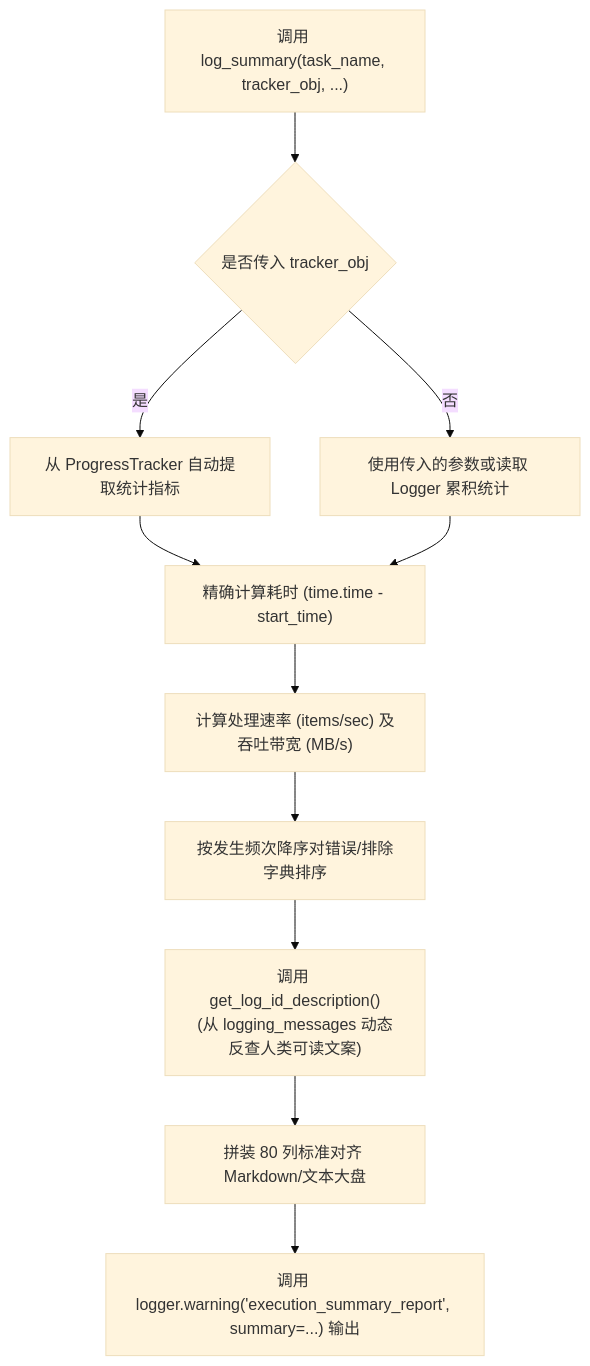
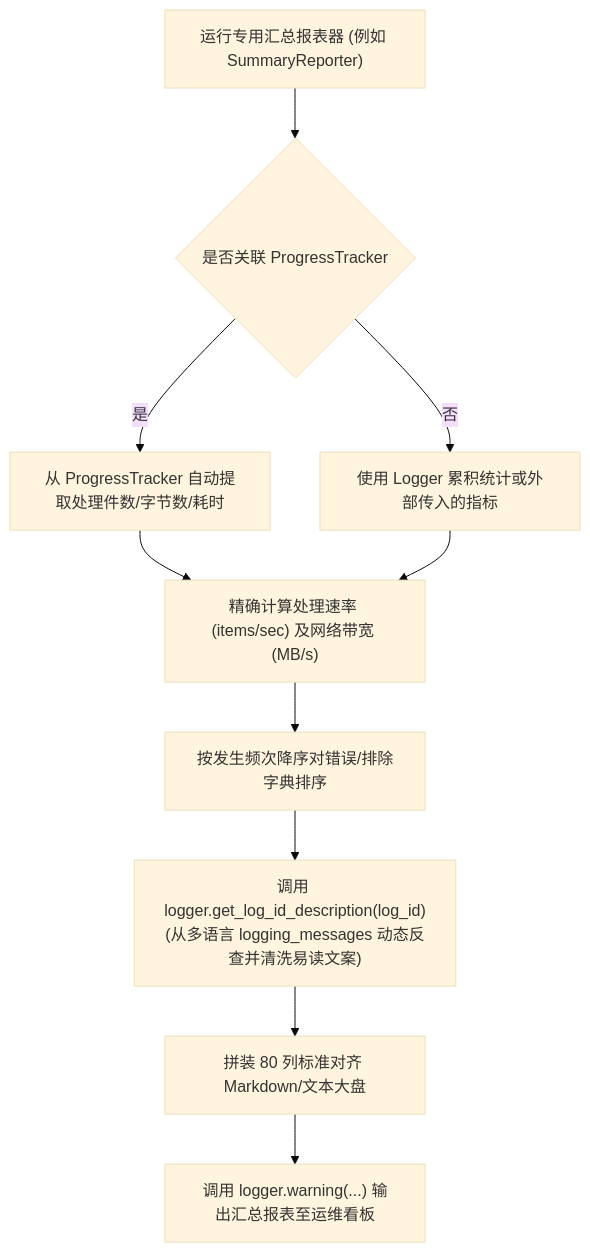
One commit to kampores/agent_common changed the diagram in manual/zh/logger/05_summary_report_generation_zh.md. Above: the diagram before and after it, drawn with Mermaid (base theme). The commit also changed other lines of this file and 49 other files, not shown here.

````diff
--- a/manual/zh/logger/05_summary_report_generation_zh.md
+++ b/manual/zh/logger/05_summary_report_generation_zh.md
@@ -26,16 +29,15 @@
 ```mermaid
 flowchart TD
-    A["调用 log_summary(task_name, tracker_obj, ...)"] --> B{"是否传入 tracker_obj"}
-    B -->|"是"| C["从 ProgressTracker 自动提取统计指标"]
-    B -->|"否"| D["使用传入的参数或读取 Logger 累积统计"]
+    A["运行专用汇总报表器 (例如 SummaryReporter)"] --> B{"是否关联 ProgressTracker"}
+    B -->|"是"| C["从 ProgressTracker 自动提取处理件数/字节数/耗时"]
+    B -->|"否"| D["使用 Logger 累积统计或外部传入的指标"]
     
-    C --> E["精确计算耗时 (time.time - start_time)"]
+    C --> E["精确计算处理速率 (items/sec) 及网络带宽 (MB/s)"]
     D --> E
-    E --> F["计算处理速率 (items/sec) 及吞吐带宽 (MB/s)"]
     
-    F --> G["按发生频次降序对错误/排除字典排序"]
-    G --> H["调用 get_log_id_description()<br/>(从 logging_messages 动态反查人类可读文案)"]
+    E --> F["按发生频次降序对错误/排除字典排序"]
+    F --> G["调用 logger.get_log_id_description(log_id)<br/>(从多语言 logging_messages 动态反查并清洗易读文案)"]
     
-    H --> I["拼装 80 列标准对齐 Markdown/文本大盘"]
-    I --> J["调用 logger.warning('execution_summary_report', summary=...) 输出"]
+    G --> H["拼装 80 列标准对齐 Markdown/文本大盘"]
+    H --> I["调用 logger.warning(...) 输出汇总报表至运维看板"]
 ```
````
